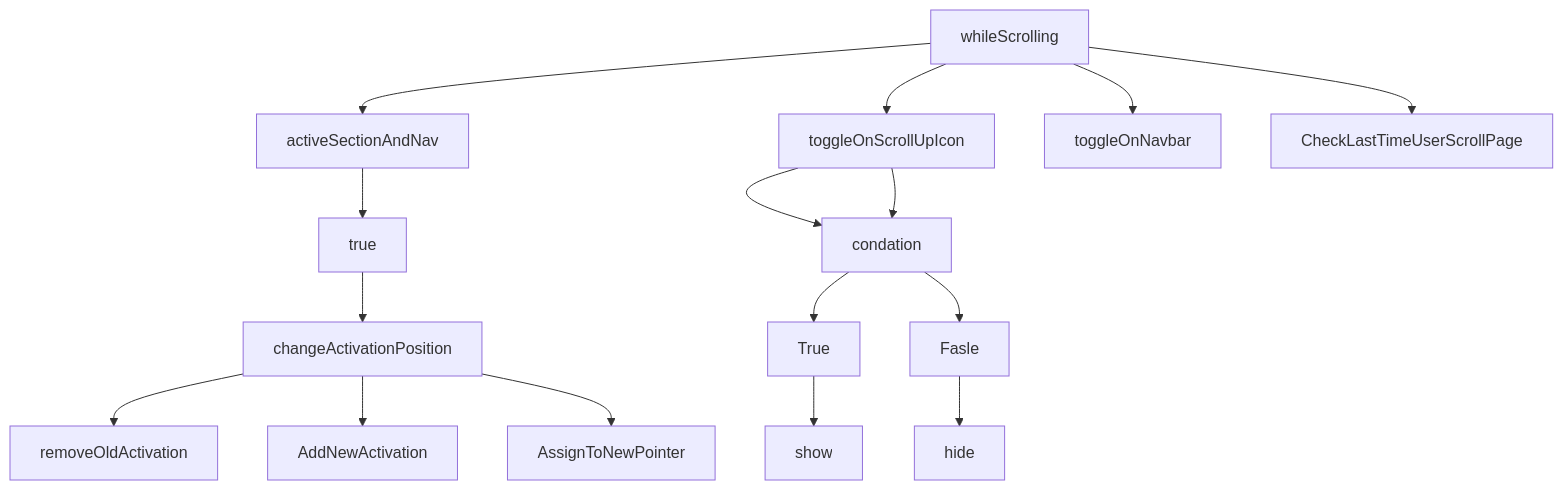
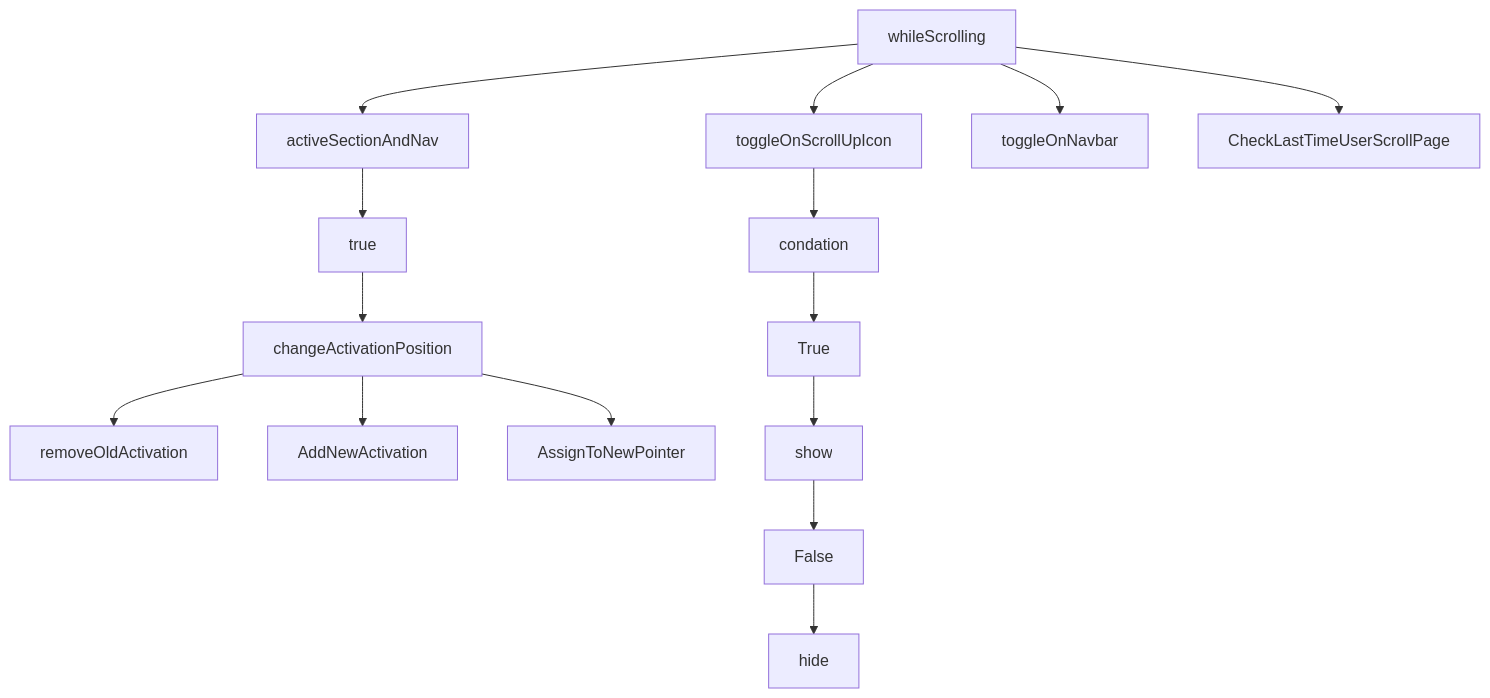
Before and after one commit to Ftohtarek/Udacity-Project: the third of 3 diagrams in Quiz/README.MD, drawn with Mermaid.

Commit message:
Basic writing and formatting syntax

````diff
--- a/Quiz/README.MD
+++ b/Quiz/README.MD
@@ -76,12 +76,14 @@
 ```mermaid
 graph TD;
     whileScrolling-->activeSectionAndNav-->true-->changeActivationPosition;
     whileScrolling-->toggleOnScrollUpIcon;
     whileScrolling-->toggleOnNavbar;
     whileScrolling-->CheckLastTimeUserScrollPage;
     changeActivationPosition-->removeOldActivation;
     changeActivationPosition-->AddNewActivation;
     changeActivationPosition-->AssignToNewPointer;
-    toggleOnScrollUpIcon-->condation-->True-->show
-    toggleOnScrollUpIcon-->condation-->Fasle-->hide
+    toggleOnScrollUpIcon-->condation-->True
+                                        -->show
+                                    -->False
+                                        -->hide
 ```
````
